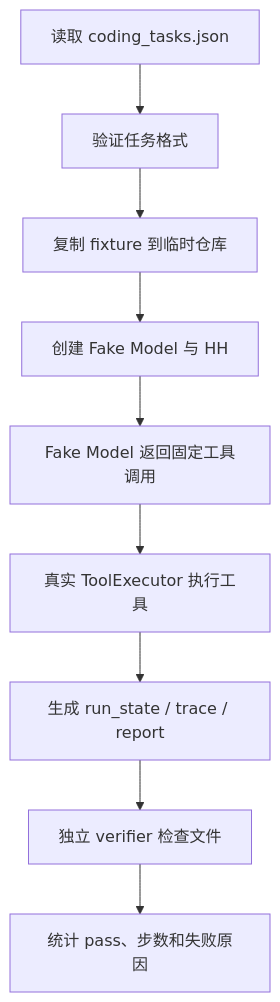
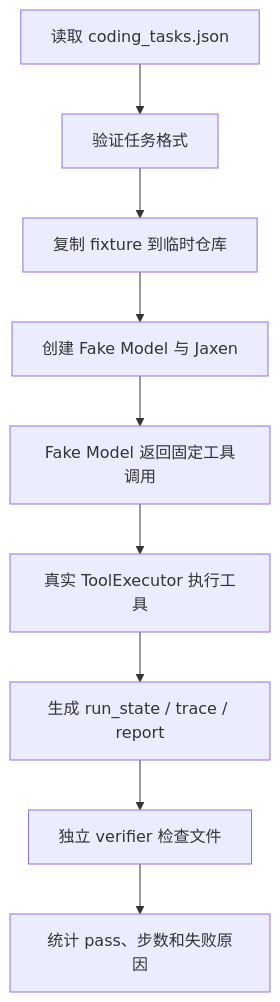
The first of 2 diagrams in docs/learning/evaluation-textbook.md (zeus040808/Jaxen-Code), drawn with Mermaid before and after one commit. The commit also changed other lines of this file and 289 other files, not shown here.

````diff
--- a/docs/learning/evaluation-textbook.md
+++ b/docs/learning/evaluation-textbook.md
@@ -542,11 +542,11 @@
 ```mermaid
 flowchart TD
     A["读取 coding_tasks.json"] --> B["验证任务格式"]
     B --> C["复制 fixture 到临时仓库"]
-    C --> D["创建 Fake Model 与 HH"]
+    C --> D["创建 Fake Model 与 Jaxen"]
     D --> E["Fake Model 返回固定工具调用"]
     E --> F["真实 ToolExecutor 执行工具"]
     F --> G["生成 run_state / trace / report"]
     G --> H["独立 verifier 检查文件"]
     H --> I["统计 pass、步数和失败原因"]
 ```
````
